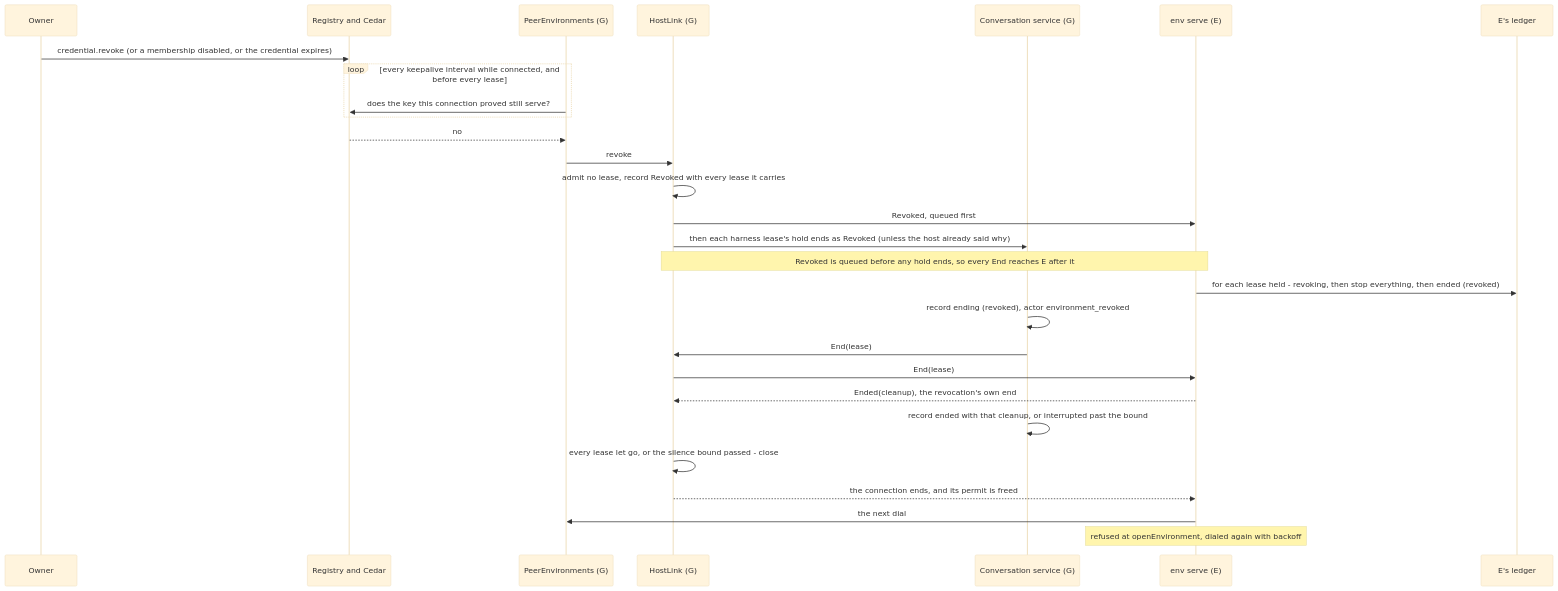
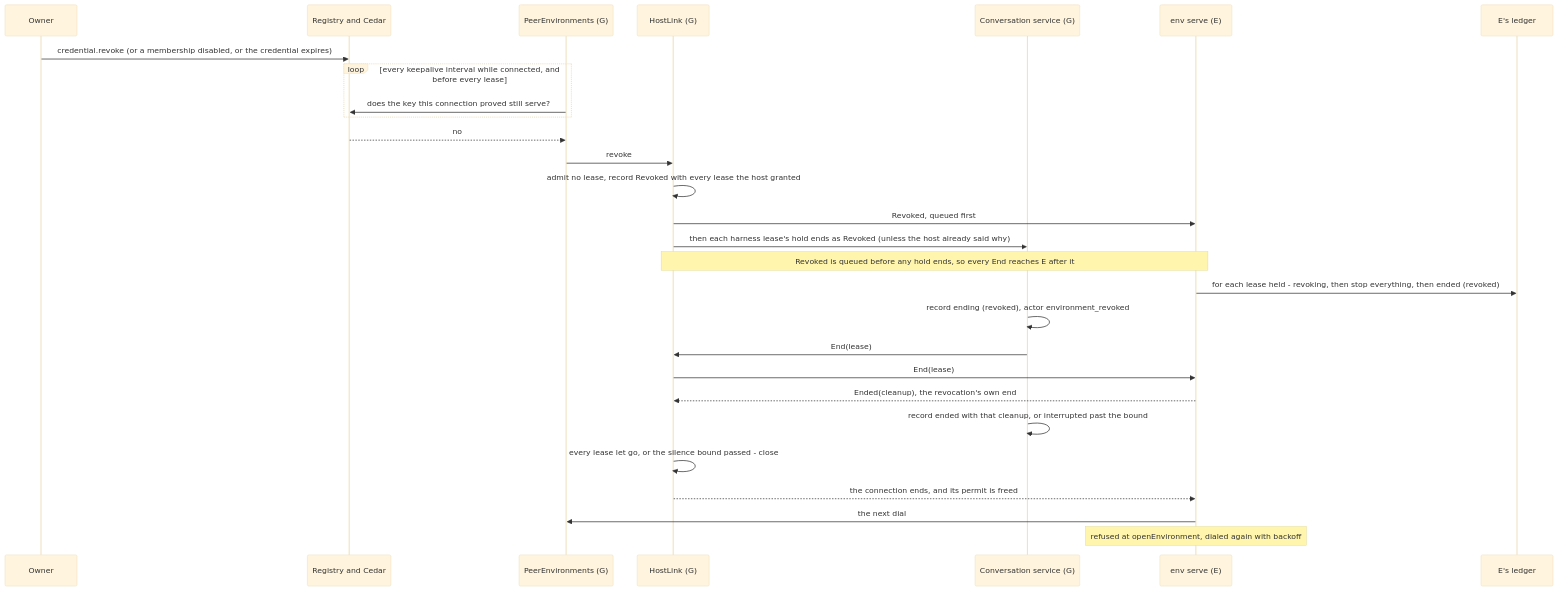
Before and after one commit to nessalabs/nessa-agent: the third of 10 diagrams in docs/design/auth/peer-gateways.md, drawn with Mermaid (base theme). The commit also changed other lines of this file and 3 other files, not shown here.

````diff
--- a/docs/design/auth/peer-gateways.md
+++ b/docs/design/auth/peer-gateways.md
@@ -269,30 +269,30 @@
 ```mermaid
 sequenceDiagram
     participant O as Owner
     participant S as Registry and Cedar
     participant P as PeerEnvironments (G)
     participant L as HostLink (G)
     participant C as Conversation service (G)
     participant E as env serve (E)
     participant J as E's ledger
     O->>S: credential.revoke (or a membership disabled, or the credential expires)
     loop every keepalive interval while connected, and before every lease
         P->>S: does the key this connection proved still serve?
     end
     S-->>P: no
     P->>L: revoke
-    L->>L: admit no lease, record Revoked with every lease it carries
+    L->>L: admit no lease, record Revoked with every lease the host granted
     L->>E: Revoked, queued first
     L->>C: then each harness lease's hold ends as Revoked (unless the host already said why)
     Note over L,E: Revoked is queued before any hold ends, so every End reaches E after it
     E->>J: for each lease held - revoking, then stop everything, then ended (revoked)
     C->>C: record ending (revoked), actor environment_revoked
     C->>L: End(lease)
     L->>E: End(lease)
     E-->>L: Ended(cleanup), the revocation's own end
     C->>C: record ended with that cleanup, or interrupted past the bound
     L->>L: every lease let go, or the silence bound passed - close
     L-->>E: the connection ends, and its permit is freed
     E->>P: the next dial
     Note over E: refused at openEnvironment, dialed again with backoff
 ```
````
